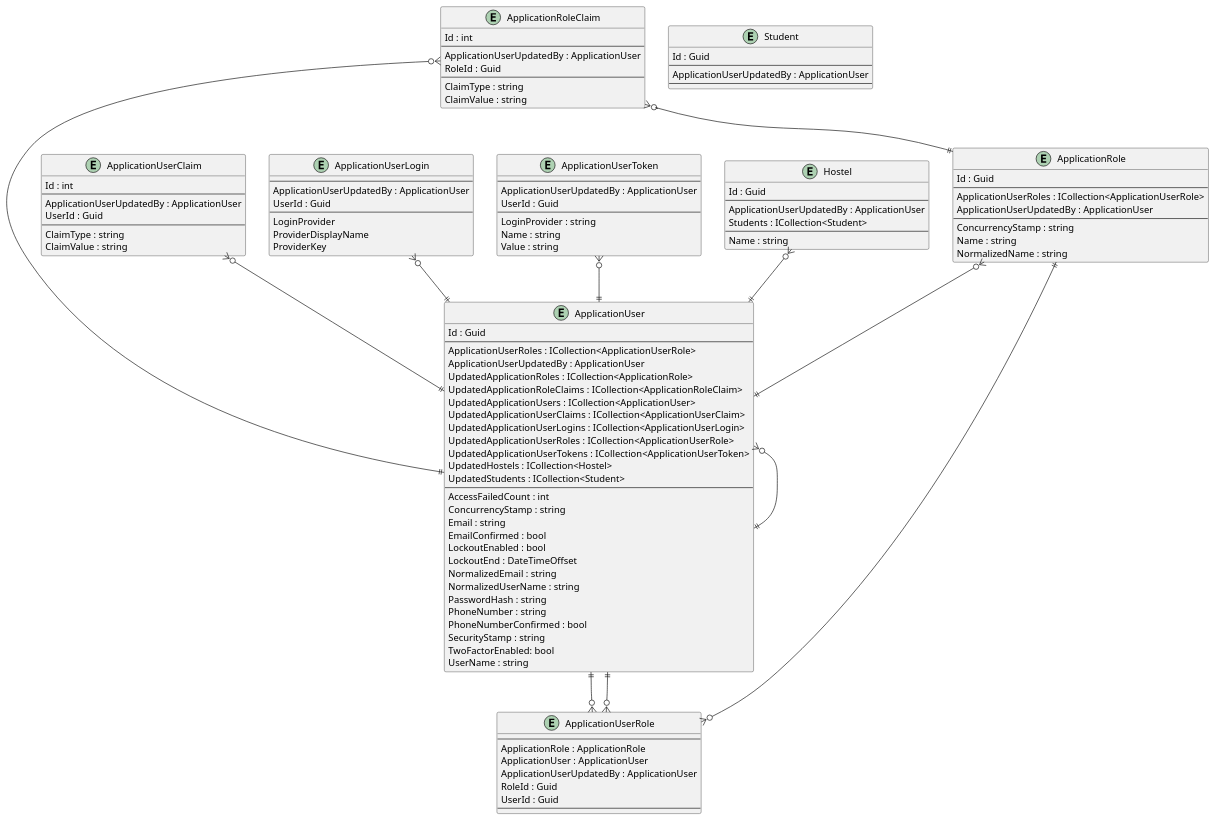
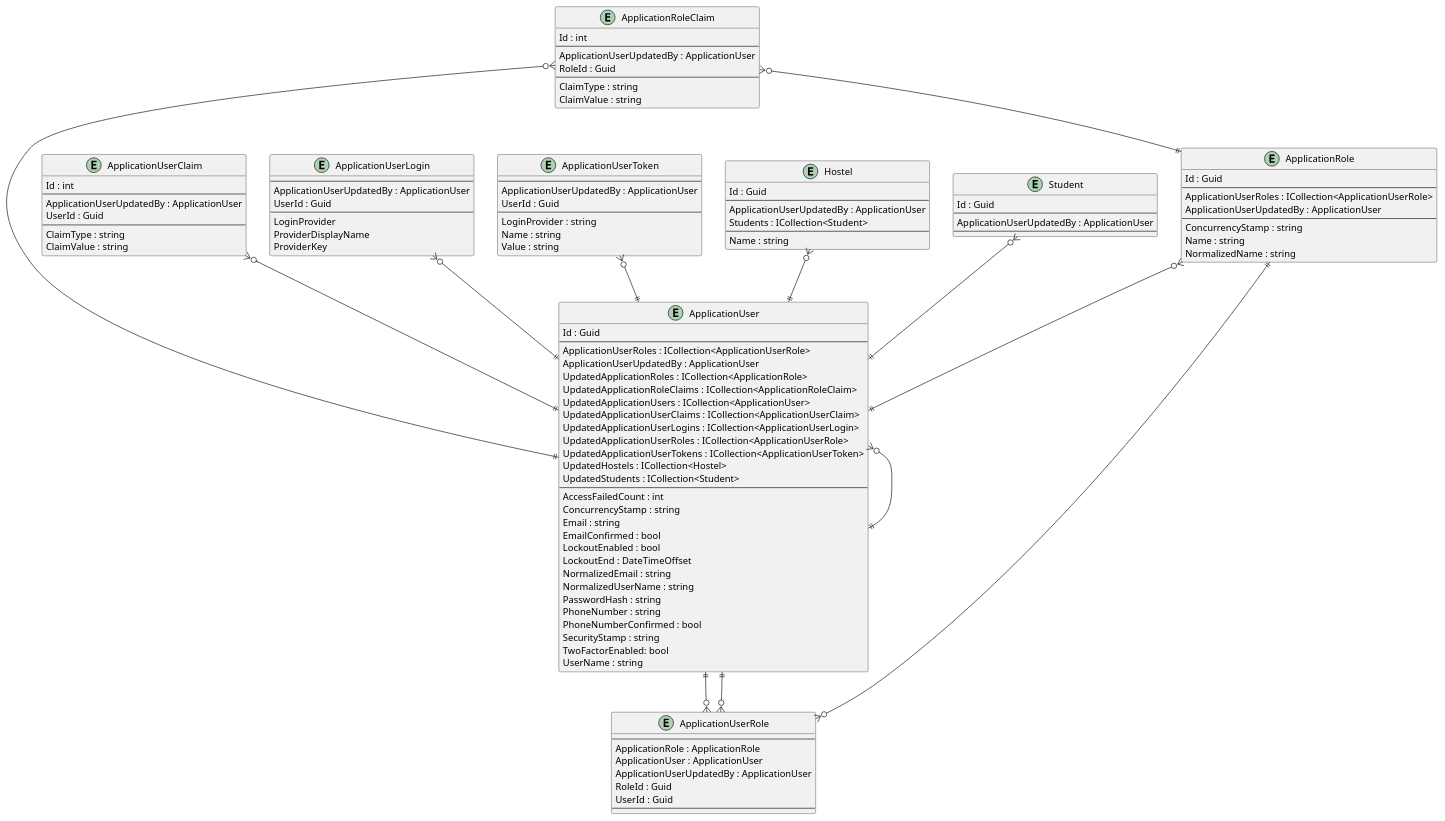
The diagram in .docs/HostelStudents.pu (intrepion/https-code-maze.com-csharp-create-better-looking-console-applications-with-spectre-console-), drawn with PlantUML before and after one commit.

Commit message:
gawk -i inplace "{ gsub(/' RelationshipCodePlaceholder/, \"Student }o--|| ApplicationUser\n' RelationshipCodePlaceholder\") }; { print }" .docs/HostelStudents.pu

```diff
--- a/.docs/HostelStudents.pu
+++ b/.docs/HostelStudents.pu
@@ -1,132 +1,133 @@
 @startuml
 
 entity ApplicationRole {
     Id : Guid
     --
     ApplicationUserRoles : ICollection<ApplicationUserRole>
     ApplicationUserUpdatedBy : ApplicationUser
     --
     ConcurrencyStamp : string
     Name : string
     NormalizedName : string
 }
 
 entity ApplicationRoleClaim {
     Id : int
     --
     ApplicationUserUpdatedBy : ApplicationUser
     RoleId : Guid
     --
     ClaimType : string
     ClaimValue : string
 }
 
 entity ApplicationUser {
     Id : Guid
     --
     ApplicationUserRoles : ICollection<ApplicationUserRole>
     ApplicationUserUpdatedBy : ApplicationUser
     UpdatedApplicationRoles : ICollection<ApplicationRole>
     UpdatedApplicationRoleClaims : ICollection<ApplicationRoleClaim>
     UpdatedApplicationUsers : ICollection<ApplicationUser>
     UpdatedApplicationUserClaims : ICollection<ApplicationUserClaim>
     UpdatedApplicationUserLogins : ICollection<ApplicationUserLogin>
     UpdatedApplicationUserRoles : ICollection<ApplicationUserRole>
     UpdatedApplicationUserTokens : ICollection<ApplicationUserToken>
     UpdatedHostels : ICollection<Hostel>
     UpdatedStudents : ICollection<Student>
     ' ApplicationUserKeyCodePlaceholder
     --
     AccessFailedCount : int
     ConcurrencyStamp : string
     Email : string
     EmailConfirmed : bool
     LockoutEnabled : bool
     LockoutEnd : DateTimeOffset
     NormalizedEmail : string
     NormalizedUserName : string
     PasswordHash : string
     PhoneNumber : string
     PhoneNumberConfirmed : bool
     SecurityStamp : string
     TwoFactorEnabled: bool
     UserName : string
 }
 
 entity ApplicationUserClaim {
     Id : int
     --
     ApplicationUserUpdatedBy : ApplicationUser
     UserId : Guid
     --
     ClaimType : string
     ClaimValue : string
 }
 
 entity ApplicationUserLogin {
     --
     ApplicationUserUpdatedBy : ApplicationUser
     UserId : Guid
     --
     LoginProvider
     ProviderDisplayName
     ProviderKey
 }
 
 entity ApplicationUserRole {
     --
     ApplicationRole : ApplicationRole
     ApplicationUser : ApplicationUser
     ApplicationUserUpdatedBy : ApplicationUser
     RoleId : Guid
     UserId : Guid
     --
 }
 
 entity ApplicationUserToken {
     --
     ApplicationUserUpdatedBy : ApplicationUser
     UserId : Guid
     --
     LoginProvider : string
     Name : string
     Value : string
 }
 
 entity Hostel {
     Id : Guid
     --
     ApplicationUserUpdatedBy : ApplicationUser
     Students : ICollection<Student>
     ' HostelKeyCodePlaceholder
     --
     Name : string
     ' HostelPropertyCodePlaceholder
 }
 
 entity Student {
     Id : Guid
     --
     ApplicationUserUpdatedBy : ApplicationUser
     ' StudentKeyCodePlaceholder
     --
     ' StudentPropertyCodePlaceholder
 }
 
 ' EntityCodePlaceholder
 
 ApplicationRole ||--o{ ApplicationUserRole
 ApplicationRole }o--|| ApplicationUser
 ApplicationRoleClaim }o--|| ApplicationRole
 ApplicationRoleClaim }o--|| ApplicationUser
 ApplicationUser }o--|| ApplicationUser
 ApplicationUser ||--o{ ApplicationUserRole
 ApplicationUserClaim }o--|| ApplicationUser
 ApplicationUserLogin }o--|| ApplicationUser
 ApplicationUserRole }o--|| ApplicationUser
 ApplicationUserToken }o--|| ApplicationUser
 
 Hostel }o--|| ApplicationUser
+Student }o--|| ApplicationUser
 ' RelationshipCodePlaceholder
 
 @enduml
```
